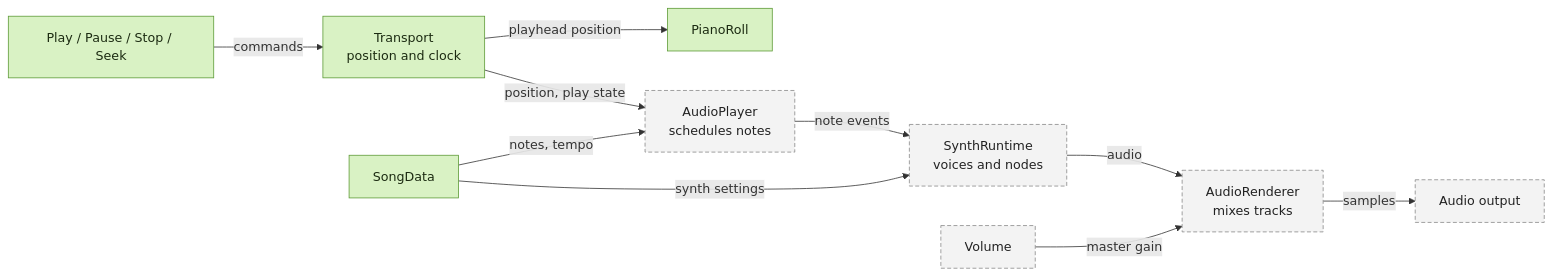
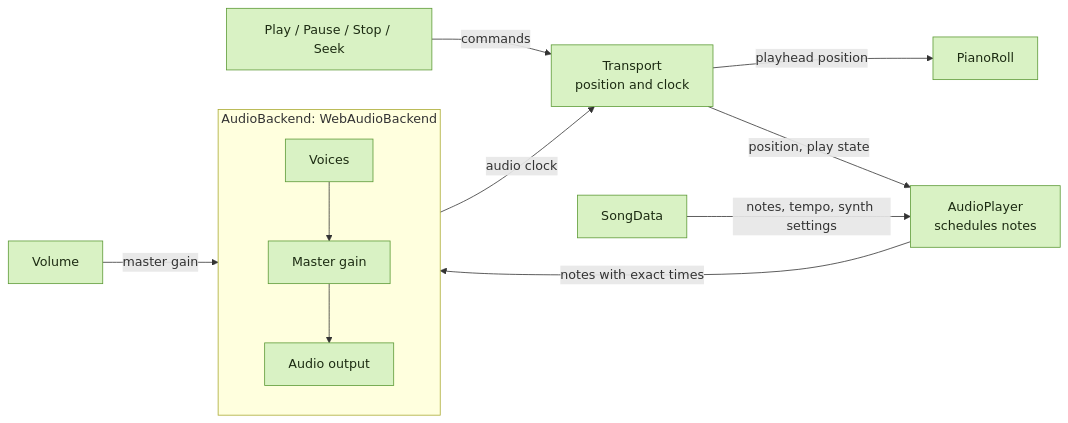
The second of 3 diagrams in docs/architecture.md (Chris301000/CS180Project), drawn with Mermaid before and after one commit. The commit also changed other lines of this file and 11 other files, not shown here.

First line of the commit message:
Add audio playback behind an AudioBackend interface

````diff
--- a/docs/architecture.md
+++ b/docs/architecture.md
@@ -38,17 +39,17 @@
 ```mermaid
 flowchart LR
   Play["Play / Pause / Stop / Seek"] -- "commands" --> Transport["Transport<br/>position and clock"]
   Transport -- "playhead position" --> Roll["PianoRoll"]
   Transport -- "position, play state" --> Player["AudioPlayer<br/>schedules notes"]
-  Song["SongData"] -- "notes, tempo" --> Player
-  Song -- "synth settings" --> Synth["SynthRuntime<br/>voices and nodes"]
-  Player -- "note events" --> Synth
-  Synth -- "audio" --> Renderer["AudioRenderer<br/>mixes tracks"]
-  Volume["Volume"] -- "master gain" --> Renderer
-  Renderer -- "samples" --> Output["Audio output"]
+  Song["SongData"] -- "notes, tempo, synth settings" --> Player
+  Player -- "notes with exact times" --> Backend
+  Volume["Volume"] -- "master gain" --> Backend
+  Backend -- "audio clock" --> Transport
+
+  subgraph Backend["AudioBackend: WebAudioBackend"]
+    Voices["Voices"] --> Master["Master gain"] --> Output["Audio output"]
+  end
 
   classDef built fill:#d9f2c4,stroke:#5d9a36,color:#1c2b12
-  classDef planned fill:#f3f3f3,stroke:#888,color:#222,stroke-dasharray:5 3
-  class Play,Transport,Roll,Song built
-  class Player,Synth,Renderer,Volume,Output planned
+  class Play,Transport,Roll,Song,Player,Volume,Voices,Master,Output built
 ```
````
